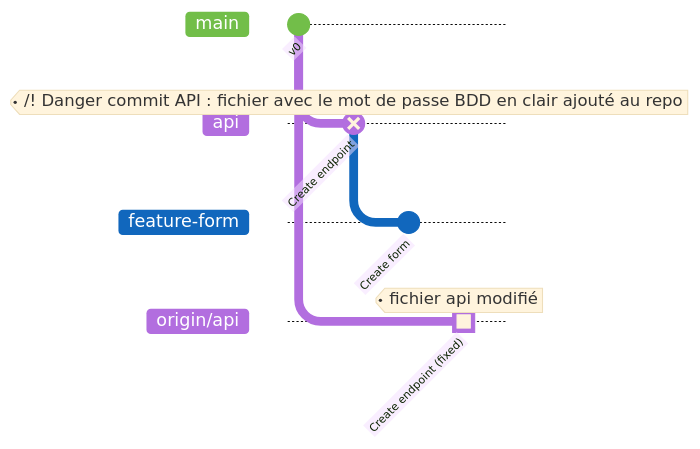
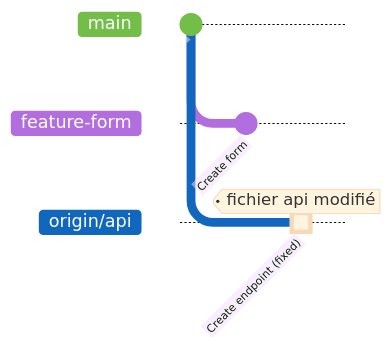
The diagram in docs/index.md (ub-mmi-but/git-101), drawn with Mermaid before and after one commit. The commit also changed other lines of this file and 2 other files, not shown here.

Commit message:
git commit amend terminé

````diff
--- a/docs/index.md
+++ b/docs/index.md
@@ -273,36 +233,33 @@
 ```mermaid
 %%{init: { 'logLevel': 'debug', 'theme': 'base', 'themeVariables': {
               'gitInv3': '#B26EDF',
               'tagLabelFontSize': '15px',
               'git0': '#72BE49',
               'git1': '#B26EDF',
               'git2': '#1167BD',
               'git3': '#B26EDF',
               'git4': '#1167BD',
               'git5': '#C62817',
               'git6': '#ff00ff',
               'git7': '#00ffff',
               'gitBranchLabel0': '#ffffff',
               'gitBranchLabel1': '#ffffff',
               'gitBranchLabel2': '#ffffff',
               'gitBranchLabel3': '#ffffff',
               'gitBranchLabel4': '#ffffff',
               'gitBranchLabel5': '#ffffff',
               'gitBranchLabel6': '#ffffff',
               'gitBranchLabel7': '#ffffff',
               'gitBranchLabel8': '#ffffff',
               'gitBranchLabel9': '#ffffff'
        } } }%%
 gitGraph
-   commit id:"v0"
-   branch api
-   checkout api
-   commit id:"Create endpoint" type:REVERSE tag:"/!\ Danger commit API :  fichier avec le mot de passe BDD en clair ajouté au repo"
+   commit id:" "
    branch feature-form
    checkout feature-form
    commit id:"Create form"
    checkout main
    branch origin/api
    checkout origin/api
    commit id:"Create endpoint (fixed)" type:HIGHLIGHT tag:"fichier api modifié"
 ```
````
